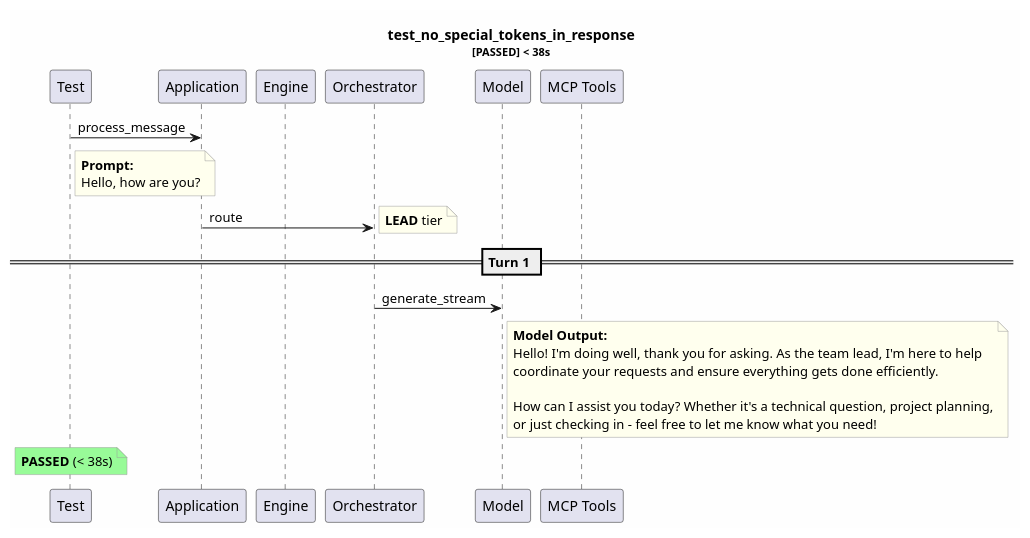
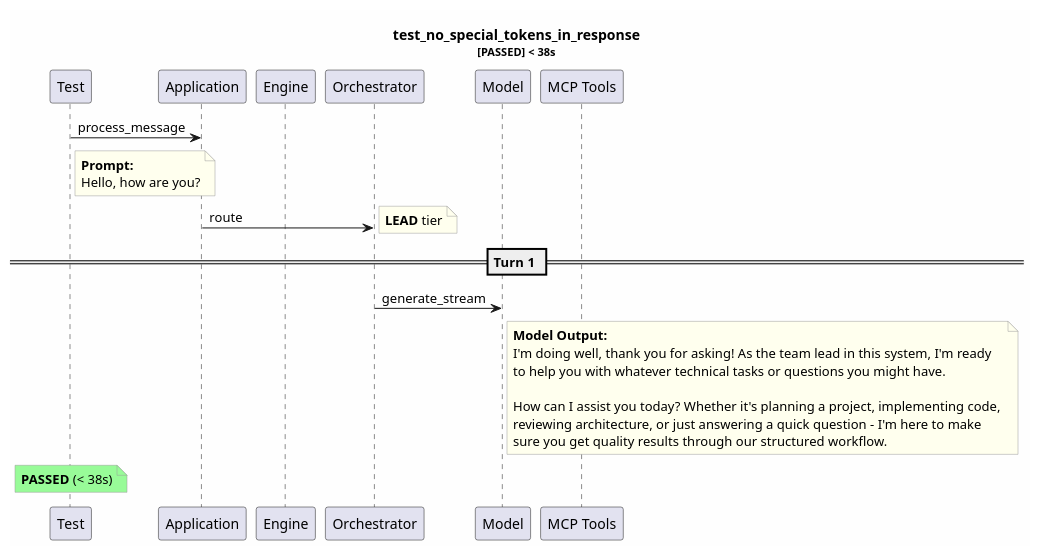
One commit to tvanfossen/entropic changed the diagram in test-reports/logs/test_no_special_tokens_in_response/test_no_special_tokens_in_response.puml. Above: the diagram before and after it, drawn with PlantUML. The commit also changed 12 other files, not shown here.

```diff
--- a/test-reports/logs/test_no_special_tokens_in_response/test_no_special_tokens_in_response.puml
+++ b/test-reports/logs/test_no_special_tokens_in_response/test_no_special_tokens_in_response.puml
@@ -1,35 +1,36 @@
 @startuml
 skinparam backgroundColor #FEFEFE
 skinparam noteBorderColor #999999
 skinparam noteBackgroundColor #FFFFEE
 title test_no_special_tokens_in_response\n<size:11>[PASSED] < 38s</size>
 
 participant "Test" as T
 participant "Application" as App
 participant "Engine" as Eng
 participant "Orchestrator" as Orch
 participant "Model" as Mdl
 participant "MCP Tools" as MCP
 
 T -> App: process_message
 note right of T
   **Prompt:**
   Hello, how are you?
 end note
 App -> Orch: route
 note right: **LEAD** tier
 == Turn 1 ==
 Orch -> Mdl: generate_stream
 note right of Mdl
   **Model Output:**
-  Hello! I'm doing well, thank you for asking. As the team lead, I'm here to help 
-  coordinate your requests and ensure everything gets done efficiently. 
+  I'm doing well, thank you for asking! As the team lead in this system, I'm ready
+  to help you with whatever technical tasks or questions you might have.
   
-  How can I assist you today? Whether it's a technical question, project planning,
-  or just checking in - feel free to let me know what you need!
+  How can I assist you today? Whether it's planning a project, implementing code, 
+  reviewing architecture, or just answering a quick question - I'm here to make 
+  sure you get quality results through our structured workflow.
 end note
 note over T #palegreen
   **PASSED** (< 38s)
 end note
 
 @enduml
```
